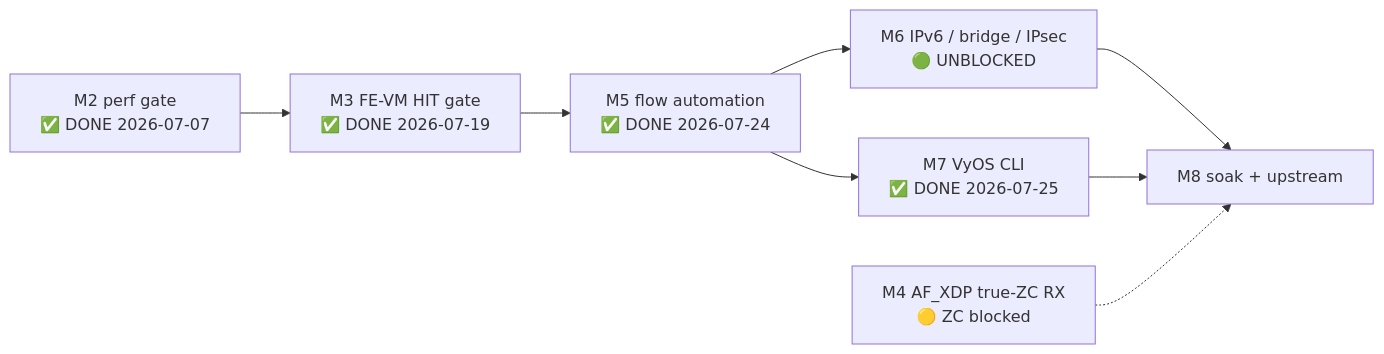
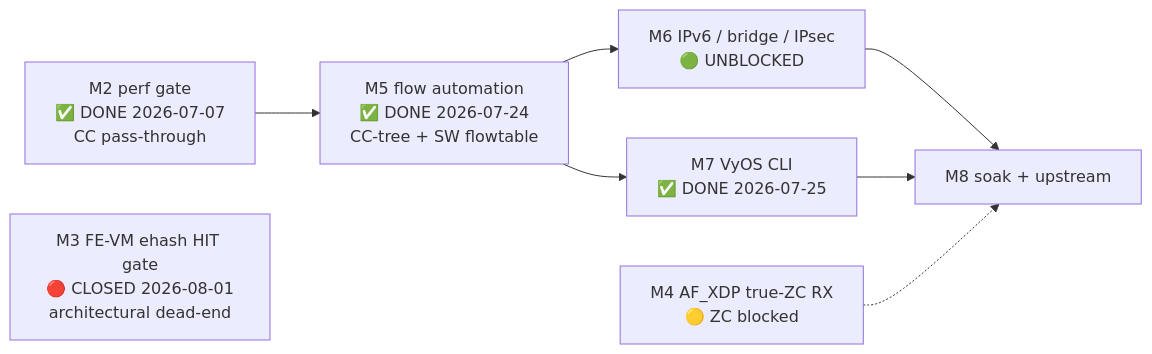
One commit to Daegara/vyos-ls1046a-build changed the diagram in plans/ASK2-MASTER-PLAN.md. Above: the diagram before and after it, drawn with Mermaid. The commit also changed other lines of this file and 19 other files, not shown here.

````diff
--- a/plans/ASK2-MASTER-PLAN.md
+++ b/plans/ASK2-MASTER-PLAN.md
@@ -199,10 +247,10 @@
 ```mermaid
 graph LR
-    M2["M2 perf gate<br/>✅ DONE 2026-07-07"] --> M3["M3 FE-VM HIT gate<br/>✅ DONE 2026-07-19"]
-    M3 --> M5["M5 flow automation<br/>✅ DONE 2026-07-24"]
+    M2["M2 perf gate<br/>✅ DONE 2026-07-07<br/>CC pass-through"] --> M5["M5 flow automation<br/>✅ DONE 2026-07-24<br/>CC-tree + SW flowtable"]
+    M3["M3 FE-VM ehash HIT gate<br/>🔴 CLOSED 2026-08-01<br/>architectural dead-end"]
     M5 --> M6["M6 IPv6 / bridge / IPsec<br/>🟢 UNBLOCKED"]
     M5 --> M7["M7 VyOS CLI<br/>✅ DONE 2026-07-25"]
     M6 --> M8["M8 soak + upstream"]
     M7 --> M8
     M4["M4 AF_XDP true-ZC RX<br/>🟡 ZC blocked"] -.-> M8
 ```
````
